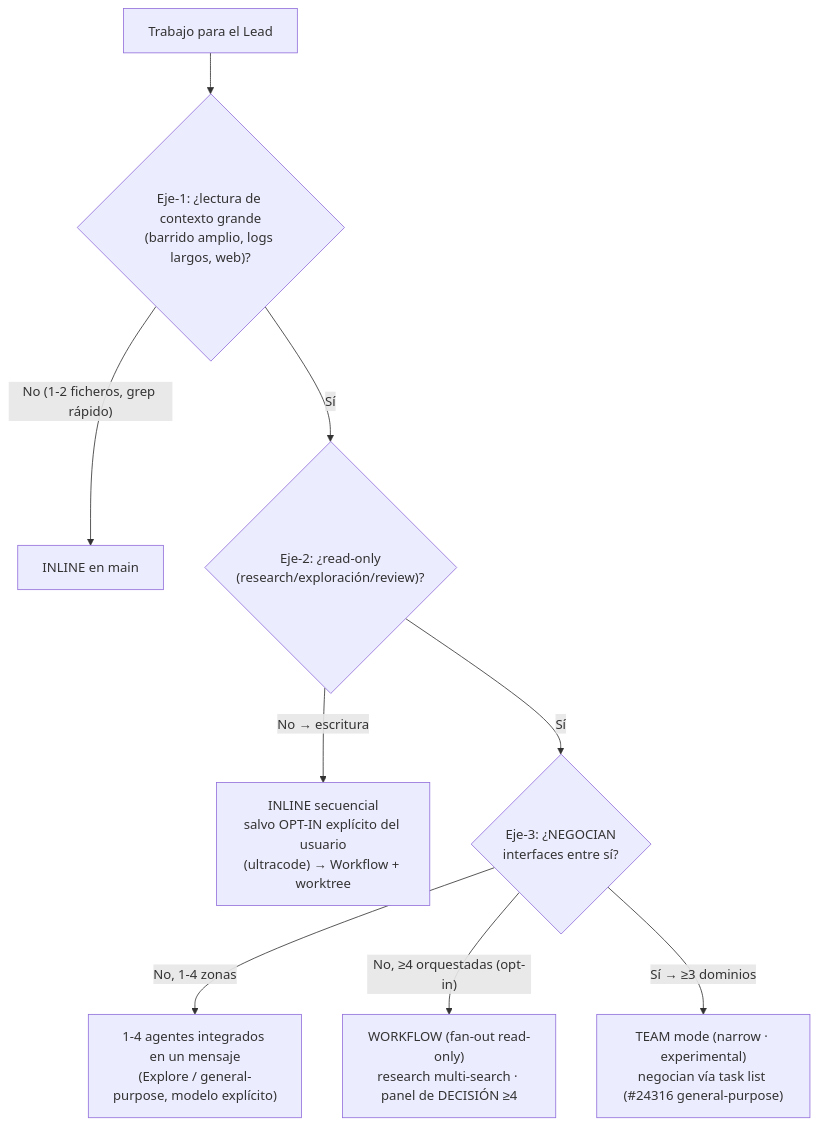
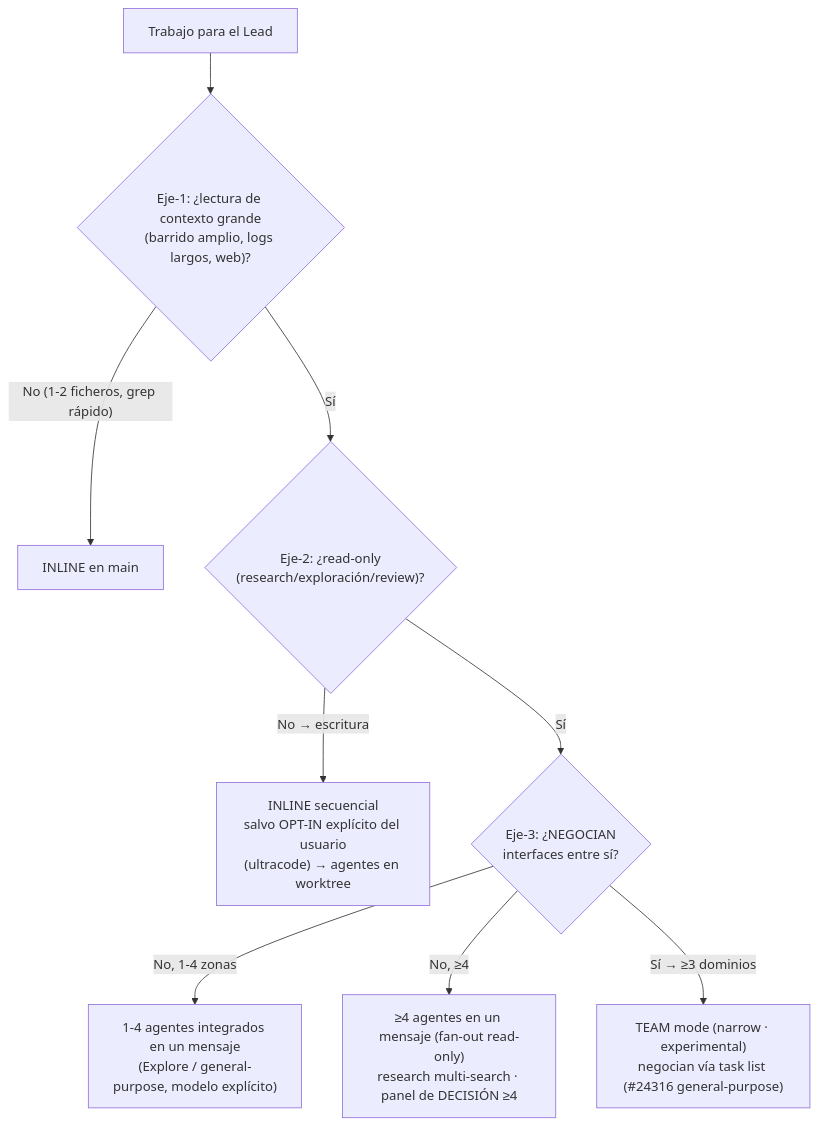
The diagram in .claude/skills/agent-routing/references/10-spawn-decision-tree-diagram.md (MaciWP/poneglyph), drawn with Mermaid before and after one commit. The commit also changed other lines of this file and 28 other files, not shown here.

````diff
--- a/.claude/skills/agent-routing/references/10-spawn-decision-tree-diagram.md
+++ b/.claude/skills/agent-routing/references/10-spawn-decision-tree-diagram.md
@@ -16,11 +16,11 @@
 ```mermaid
 graph TD
   START["Trabajo para el Lead"] --> BIG{"Eje-1: ¿lectura de contexto grande<br/>(barrido amplio, logs largos, web)?"}
   BIG -->|"No (1-2 ficheros, grep rápido)"| INLINE["INLINE en main"]
   BIG -->|"Sí"| RO{"Eje-2: ¿read-only<br/>(research/exploración/review)?"}
-  RO -->|"No → escritura"| OPTIN["INLINE secuencial<br/>salvo OPT-IN explícito del usuario<br/>(ultracode) → Workflow + worktree"]
+  RO -->|"No → escritura"| OPTIN["INLINE secuencial<br/>salvo OPT-IN explícito del usuario<br/>(ultracode) → agentes en worktree"]
   RO -->|"Sí"| NAT{"Eje-3: ¿NEGOCIAN<br/>interfaces entre sí?"}
   NAT -->|"No, 1-4 zonas"| AG["1-4 agentes integrados en un mensaje<br/>(Explore / general-purpose, modelo explícito)"]
-  NAT -->|"No, ≥4 orquestadas (opt-in)"| WF["WORKFLOW (fan-out read-only)<br/>research multi-search · panel de DECISIÓN ≥4"]
+  NAT -->|"No, ≥4"| WF["≥4 agentes en un mensaje (fan-out read-only)<br/>research multi-search · panel de DECISIÓN ≥4"]
   NAT -->|"Sí → ≥3 dominios"| TEAM["TEAM mode (narrow · experimental)<br/>negocian vía task list (#24316 general-purpose)"]
 ```
````
